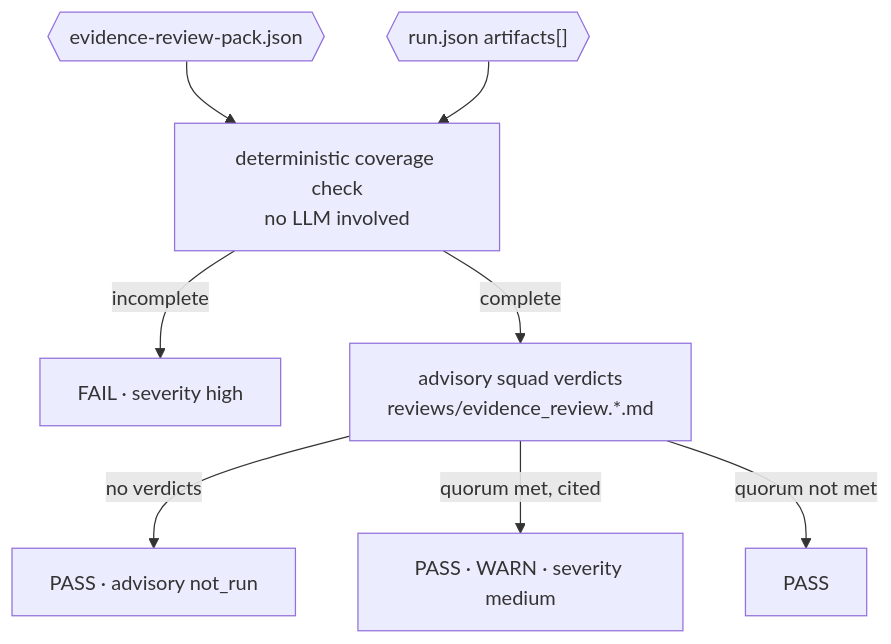
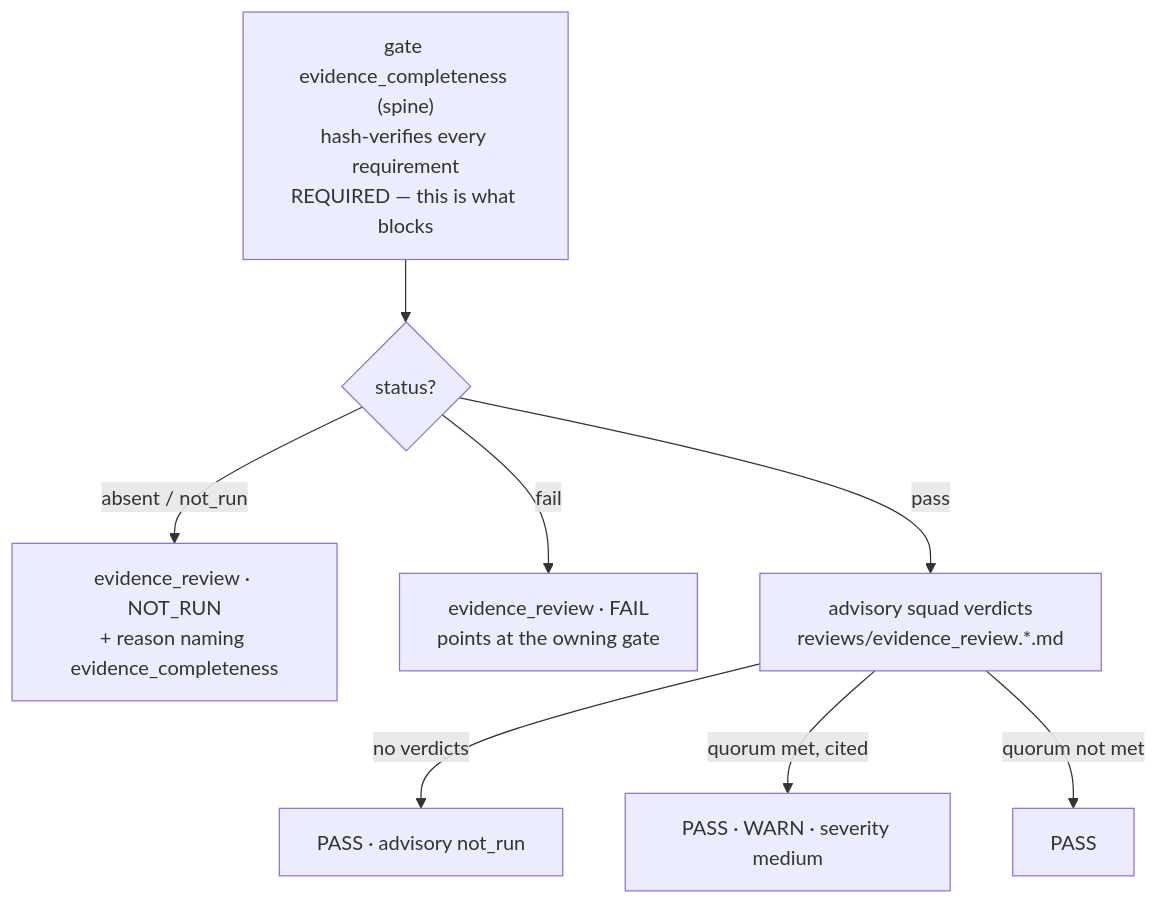
Before and after one commit to MSFT-TKENDRICK/GitHub-ADLC: the second of 2 diagrams in docs/squads.md, drawn with Mermaid. The commit also changed other lines of this file and 14 other files, not shown here.

First line of the commit message:
L8: reconcile with the landed spine -- delegate the deterministic check

````diff
--- a/docs/squads.md
+++ b/docs/squads.md
@@ -382,11 +397,11 @@
 ```mermaid
 flowchart TB
-    P{{"evidence-review-pack.json"}} --> C
-    R{{"run.json artifacts[]"}} --> C
-    C["deterministic coverage check<br/>no LLM involved"]
-    C -->|"incomplete"| F["FAIL · severity high"]
-    C -->|"complete"| L["advisory squad verdicts<br/>reviews/evidence_review.*.md"]
+    EC["gate evidence_completeness (spine)<br/>hash-verifies every requirement<br/>REQUIRED — this is what blocks"]
+    EC --> P{status?}
+    P -->|"absent / not_run"| NR["evidence_review · NOT_RUN<br/>+ reason naming evidence_completeness"]
+    P -->|"fail"| F["evidence_review · FAIL<br/>points at the owning gate"]
+    P -->|"pass"| L["advisory squad verdicts<br/>reviews/evidence_review.*.md"]
     L -->|"no verdicts"| P1["PASS · advisory not_run"]
     L -->|"quorum met, cited"| W["PASS · WARN · severity medium"]
     L -->|"quorum not met"| P2["PASS"]
 ```
````
